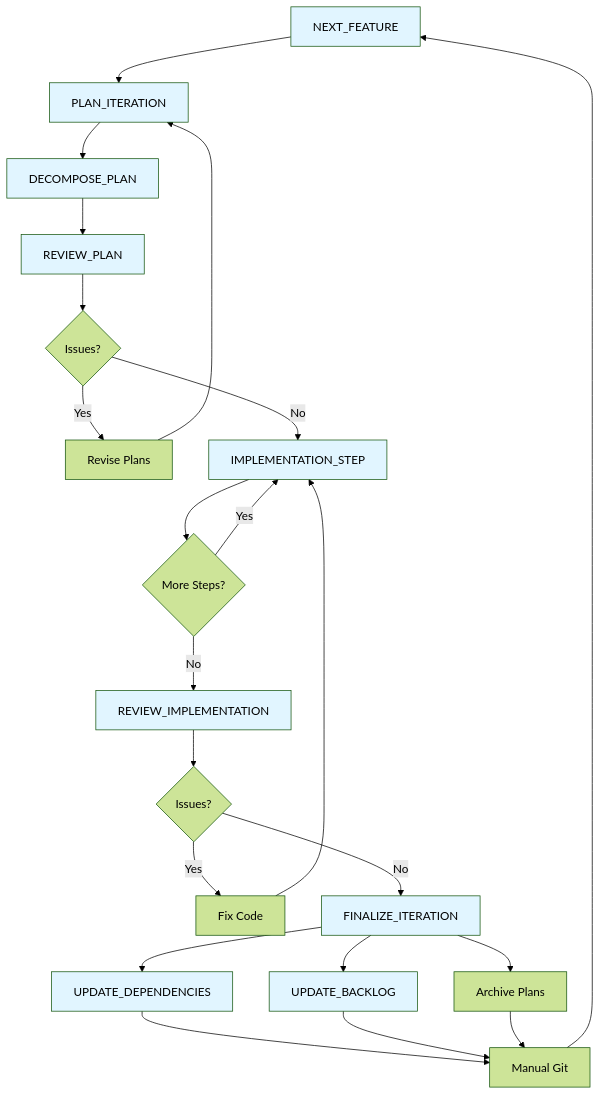
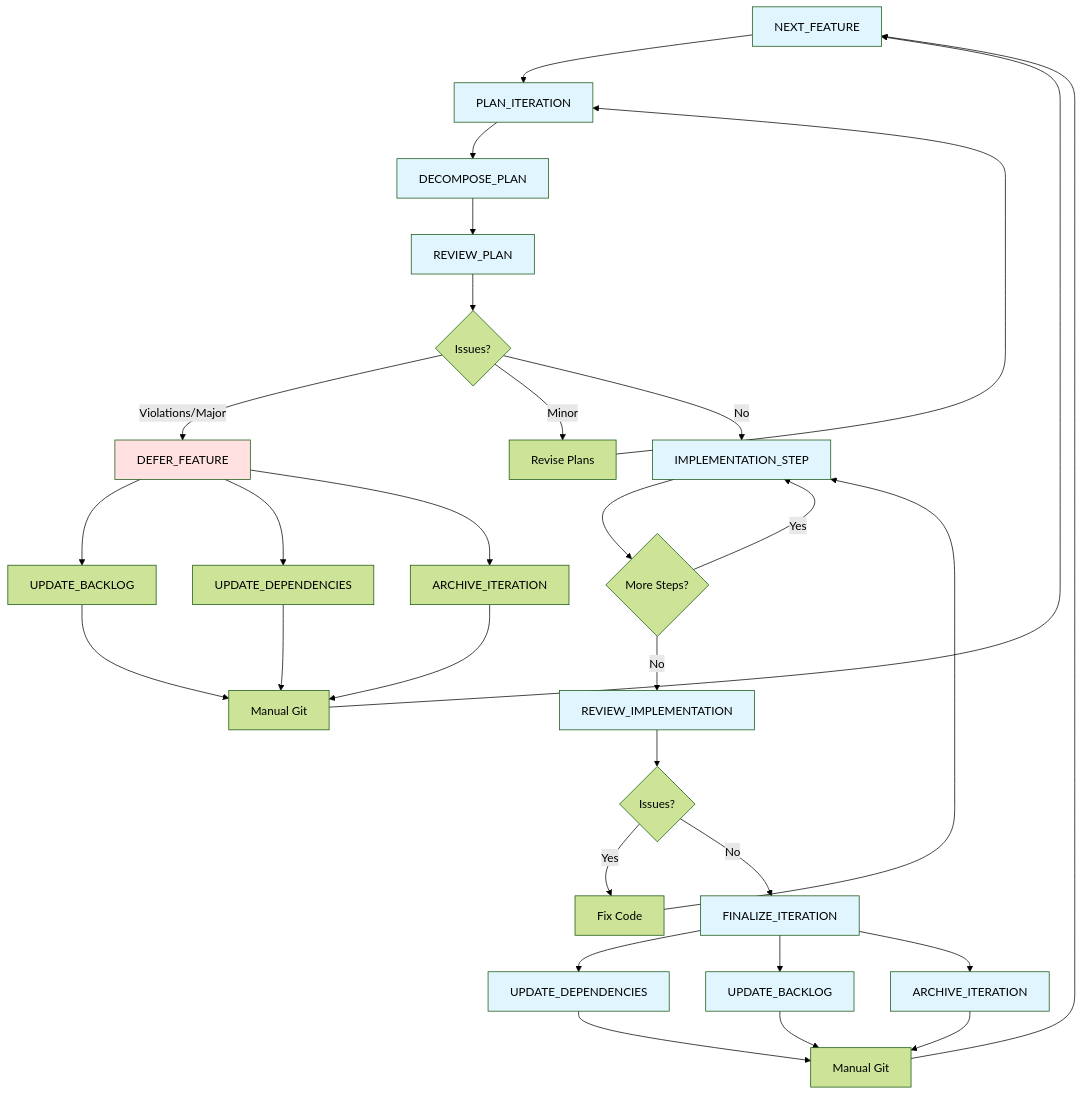
The diagram in TASKS/WORKFLOW.md (EvanLavender13/FrogLords), drawn with Mermaid (forest theme) before and after one commit. The commit also changed other lines of this file and 9 other files, not shown here.

First line of the commit message:
planning: defer speed animation scaling feature

````diff
--- a/TASKS/WORKFLOW.md
+++ b/TASKS/WORKFLOW.md
@@ -5,34 +5,44 @@
 ```mermaid
 graph TD
     A[NEXT_FEATURE] --> B[PLAN_ITERATION]
     B --> C[DECOMPOSE_PLAN]
     C --> D[REVIEW_PLAN]
     D --> E{Issues?}
-    E -->|Yes| F[Revise Plans]
-    F --> B
-    E -->|No| G[IMPLEMENTATION_STEP]
-    G --> H{More Steps?}
-    H -->|Yes| G
-    H -->|No| I[REVIEW_IMPLEMENTATION]
-    I --> J{Issues?}
-    J -->|Yes| K[Fix Code]
-    K --> G
-    J -->|No| L[FINALIZE_ITERATION]
-    L --> M[UPDATE_DEPENDENCIES]
-    L --> N[UPDATE_BACKLOG]
-    L --> O[Archive Plans]
-    M --> P[Manual Git]
-    N --> P
-    O --> P
-    P --> A
+    E -->|Violations/Major| F[DEFER_FEATURE]
+    E -->|Minor| G[Revise Plans]
+    G --> B
+    E -->|No| H[IMPLEMENTATION_STEP]
+    H --> I{More Steps?}
+    I -->|Yes| H
+    I -->|No| J[REVIEW_IMPLEMENTATION]
+    J --> K{Issues?}
+    K -->|Yes| L[Fix Code]
+    L --> H
+    K -->|No| M[FINALIZE_ITERATION]
+    M --> N[UPDATE_DEPENDENCIES]
+    M --> O[UPDATE_BACKLOG]
+    M --> P[ARCHIVE_ITERATION]
+    N --> Q[Manual Git]
+    O --> Q
+    P --> Q
+    Q --> A
+    F --> R[UPDATE_BACKLOG]
+    F --> S[UPDATE_DEPENDENCIES]
+    F --> T[ARCHIVE_ITERATION]
+    R --> U[Manual Git]
+    S --> U
+    T --> U
+    U --> A
     
     style A fill:#e1f5ff
     style B fill:#e1f5ff
     style C fill:#e1f5ff
     style D fill:#e1f5ff
-    style G fill:#e1f5ff
-    style I fill:#e1f5ff
-    style L fill:#e1f5ff
+    style F fill:#ffe1e1
+    style H fill:#e1f5ff
+    style J fill:#e1f5ff
     style M fill:#e1f5ff
     style N fill:#e1f5ff
+    style O fill:#e1f5ff
+    style P fill:#e1f5ff
 ```
````
